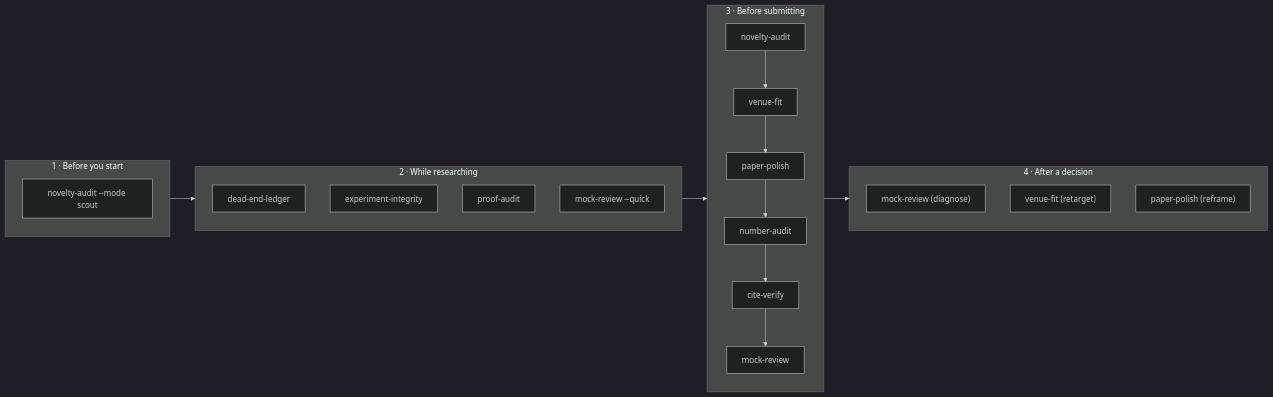
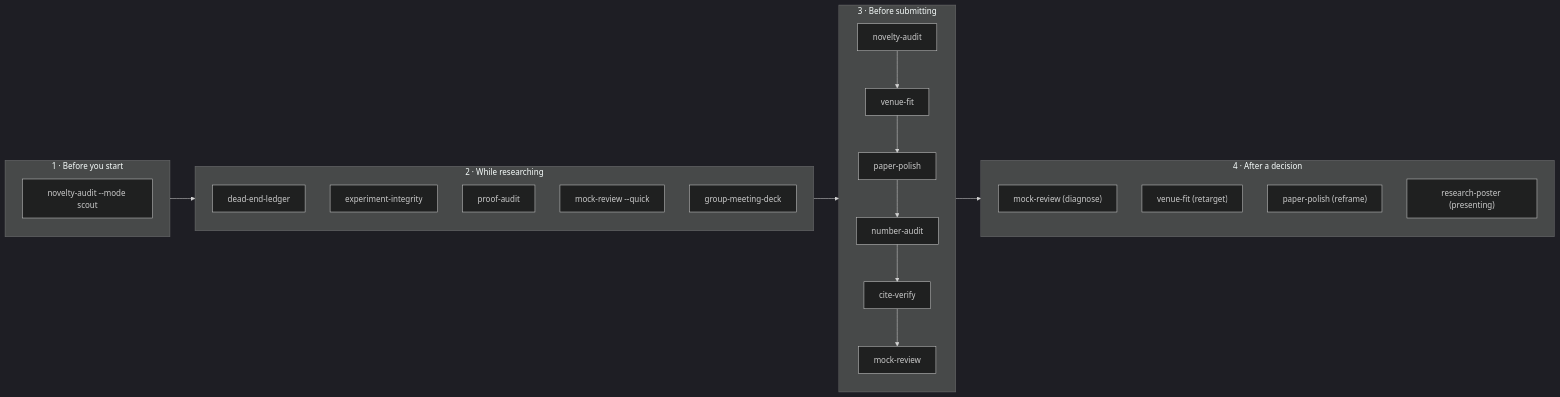
One commit to OIerYangJZ/Science-Skill changed the first of 2 diagrams in README.md. Above: the diagram before and after it, drawn with Mermaid (dark theme). The commit also changed other lines of this file and 43 other files, not shown here.

First line of the commit message:
Add group-meeting-deck and research-poster skills with selectable styles

````diff
--- a/README.md
+++ b/README.md
@@ -217,25 +219,27 @@
 ```mermaid
 flowchart LR
     subgraph P1["1 · Before you start"]
         direction TB
         a1["novelty-audit --mode scout"]
     end
     subgraph P2["2 · While researching"]
         direction TB
         b1["dead-end-ledger"]
         b2["experiment-integrity"]
         b3["proof-audit"]
         b4["mock-review --quick"]
+        b5["group-meeting-deck"]
     end
     subgraph P3["3 · Before submitting"]
         direction TB
         c1["novelty-audit"] --> c2["venue-fit"] --> c3["paper-polish"] --> c4["number-audit"] --> c5["cite-verify"] --> c6["mock-review"]
     end
     subgraph P4["4 · After a decision"]
         direction TB
         d1["mock-review (diagnose)"]
         d2["venue-fit (retarget)"]
         d3["paper-polish (reframe)"]
+        d4["research-poster (presenting)"]
     end
     P1 --> P2 --> P3 --> P4
 ```
````
